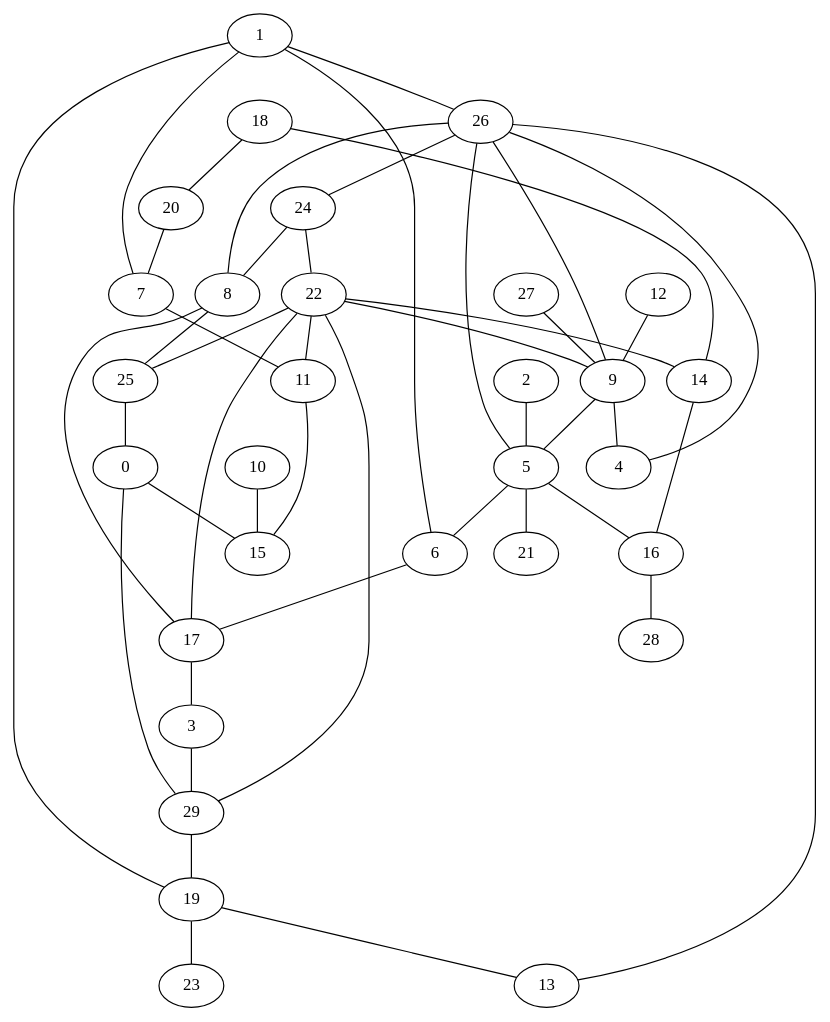
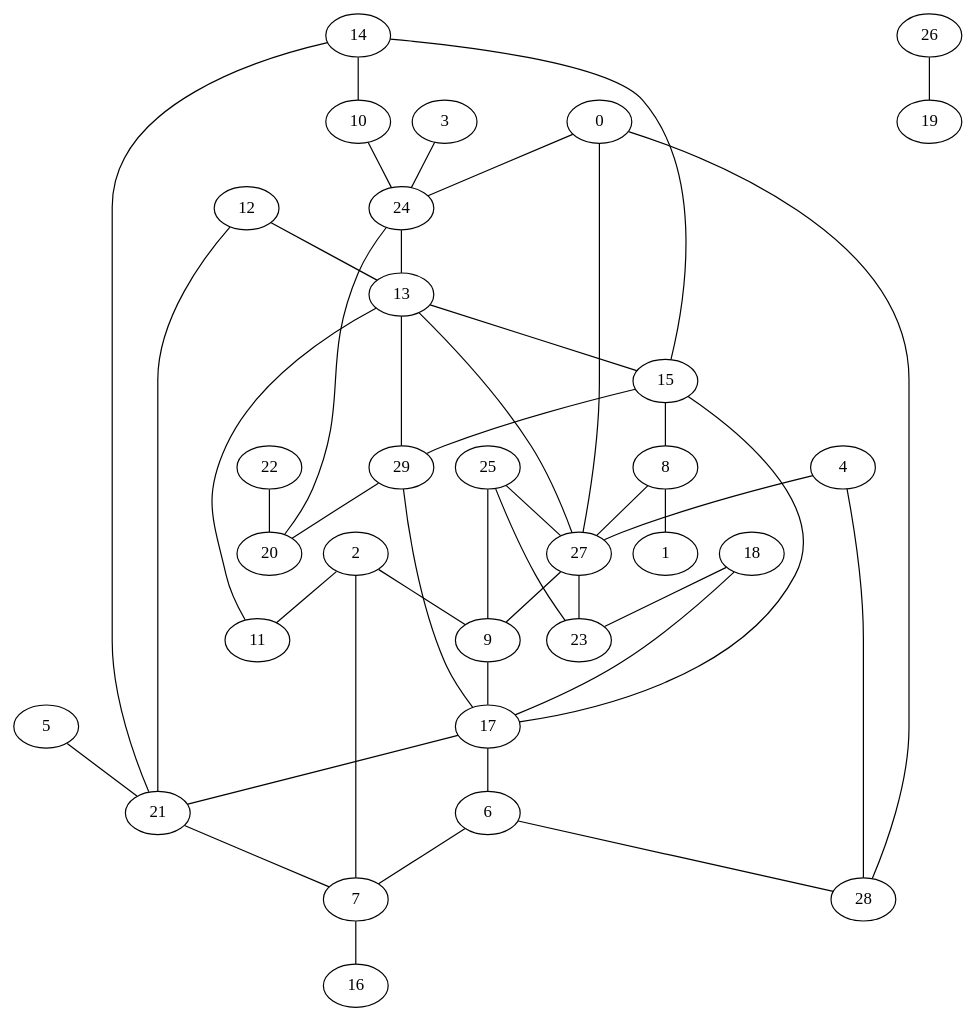
One commit to OmarAlejandroLinares/ProyectoDAA changed the diagram in gv/Erdos_Rengy_30x45.gv. Above: the diagram before and after it, drawn with Graphviz. The commit also changed 158 other files, not shown here.

```diff
--- a/gv/Erdos_Rengy_30x45.gv
+++ b/gv/Erdos_Rengy_30x45.gv
@@ -1,77 +1,77 @@
 graph {
 	0 [label=0]
 	1 [label=1]
 	2 [label=2]
 	3 [label=3]
 	4 [label=4]
 	5 [label=5]
 	6 [label=6]
 	7 [label=7]
 	8 [label=8]
 	9 [label=9]
 	10 [label=10]
 	11 [label=11]
 	12 [label=12]
 	13 [label=13]
 	14 [label=14]
 	15 [label=15]
 	16 [label=16]
 	17 [label=17]
 	18 [label=18]
 	19 [label=19]
 	20 [label=20]
 	21 [label=21]
 	22 [label=22]
 	23 [label=23]
 	24 [label=24]
 	25 [label=25]
 	26 [label=26]
 	27 [label=27]
 	28 [label=28]
 	29 [label=29]
-	10 -- 15
-	26 -- 24
-	29 -- 19
-	0 -- 15
+	18 -- 23
+	4 -- 27
+	10 -- 24
+	24 -- 13
+	9 -- 17
+	20 -- 24
+	14 -- 10
+	13 -- 27
+	17 -- 6
+	0 -- 24
+	13 -- 15
+	17 -- 21
+	25 -- 27
+	26 -- 19
+	29 -- 13
+	18 -- 17
+	12 -- 21
+	21 -- 7
+	15 -- 17
+	27 -- 0
+	22 -- 20
+	7 -- 16
+	6 -- 28
 	5 -- 21
-	1 -- 26
-	26 -- 4
-	20 -- 7
-	22 -- 17
-	5 -- 16
-	24 -- 8
-	11 -- 15
-	22 -- 14
-	1 -- 19
-	19 -- 13
-	3 -- 29
-	1 -- 7
-	1 -- 6
-	22 -- 25
-	9 -- 4
-	12 -- 9
-	5 -- 26
-	22 -- 9
-	8 -- 17
-	8 -- 25
-	22 -- 29
-	14 -- 16
-	5 -- 6
-	25 -- 0
-	26 -- 8
-	26 -- 9
-	9 -- 5
-	19 -- 23
-	7 -- 11
-	17 -- 3
-	0 -- 29
-	6 -- 17
-	2 -- 5
-	18 -- 14
-	26 -- 13
-	24 -- 22
-	16 -- 28
-	22 -- 11
+	4 -- 28
+	29 -- 20
+	29 -- 17
+	13 -- 11
+	8 -- 1
+	15 -- 8
+	2 -- 9
+	25 -- 23
 	27 -- 9
-	18 -- 20
+	0 -- 28
+	6 -- 7
+	12 -- 13
+	3 -- 24
+	25 -- 9
+	15 -- 29
+	27 -- 23
+	2 -- 11
+	2 -- 7
+	14 -- 15
+	8 -- 27
+	14 -- 21
 }
```
